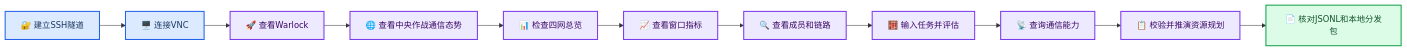
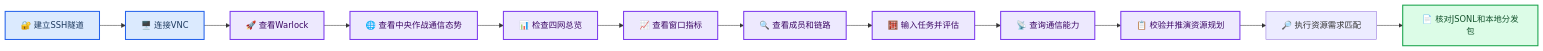
One commit to violetnozomi/afsim changed the diagram in docs/功能使用手册.md. Above: the diagram before and after it, drawn with Mermaid. The commit also changed other lines of this file and 33 other files, not shown here.

````diff
--- a/docs/功能使用手册.md
+++ b/docs/功能使用手册.md
@@ -35,24 +36,25 @@
 ```mermaid
 flowchart LR
     accTitle: Network Resource Manager Usage
     accDescr: The operator connects from Windows, opens the prepared four-network scenario in Warlock, inspects live resources, and verifies persisted reports.
 
     tunnel["🔐 建立SSH隧道"] --> viewer["🖥️ 连接VNC"]
     viewer --> warlock["🚀 查看Warlock"]
     warlock --> tactical["🌐 查看中央作战通信态势"]
     tactical --> overview["📊 检查四网总览"]
     overview --> metrics["📈 查看窗口指标"]
     metrics --> detail["🔍 查看成员和链路"]
     detail --> assessment["🧮 输入任务并评估"]
     assessment --> capability["📡 查询通信能力"]
     capability --> planning["📋 校验并推演资源规划"]
-    planning --> output["📄 核对JSONL和本地分发包"]
+    planning --> matching["🔎 执行资源需求匹配"]
+    matching --> output["📄 核对JSONL和本地分发包"]
 
     classDef access fill:#dbeafe,stroke:#2563eb,stroke-width:2px,color:#1e3a5f
     classDef inspect fill:#ede9fe,stroke:#7c3aed,stroke-width:2px,color:#3b0764
     classDef result fill:#dcfce7,stroke:#16a34a,stroke-width:2px,color:#14532d
 
     class tunnel,viewer access
     class warlock,tactical,overview,metrics,detail,assessment,capability,planning inspect
     class output result
 ```
````
